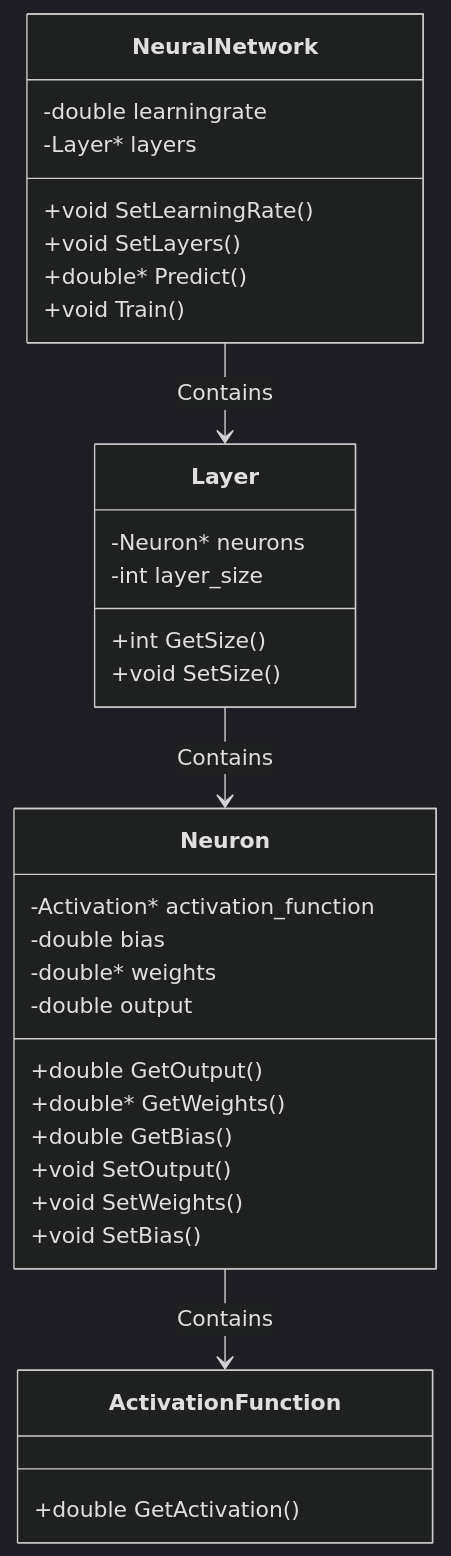
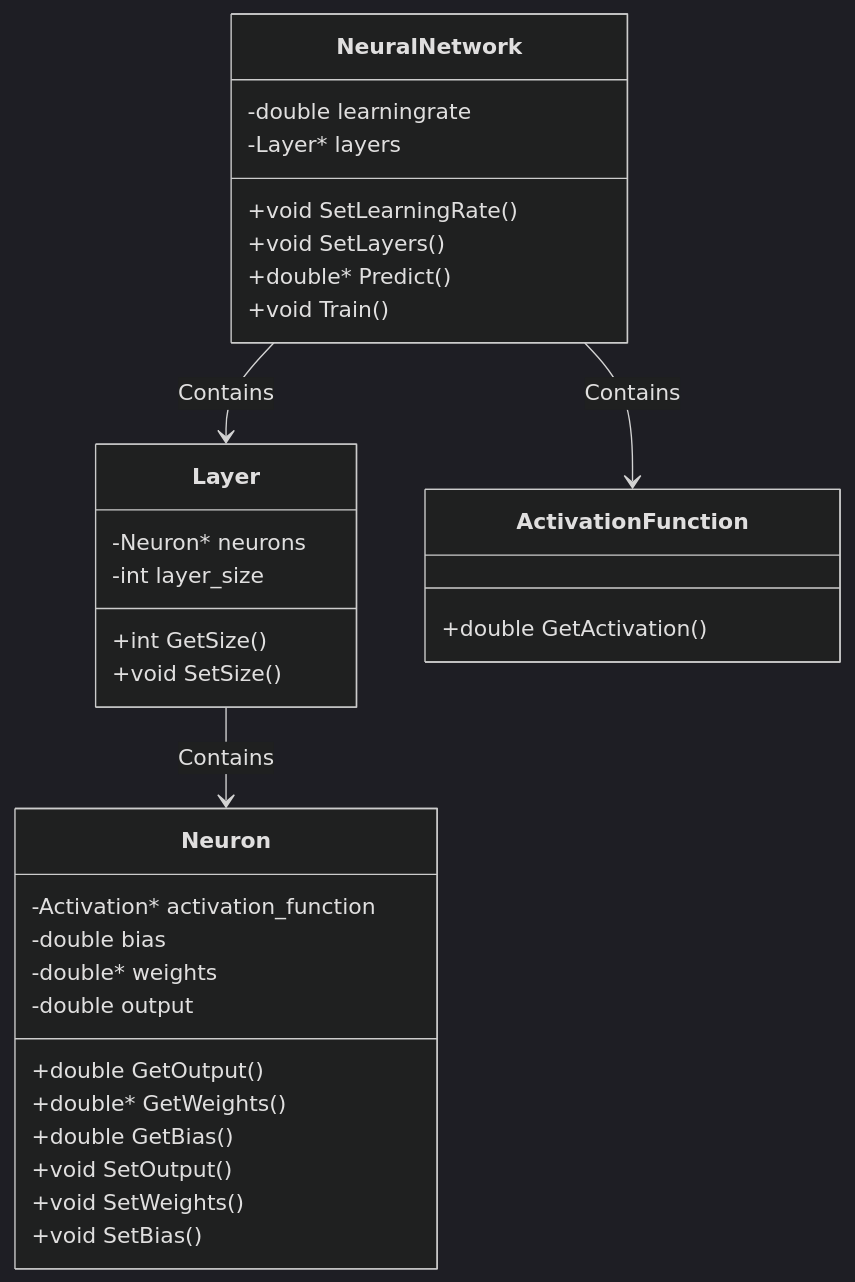
The diagram in Resources/Images/classBasicsNabla.md (Juan-Smith/Nabla), drawn with Mermaid (dark theme) before and after one commit. The commit also changed 1 other file, not shown here.

````diff
--- a/Resources/Images/classBasicsNabla.md
+++ b/Resources/Images/classBasicsNabla.md
@@ -1,42 +1,42 @@
 ```mermaid
  classDiagram
       
       NeuralNetwork --> Layer : Contains
       Layer --> Neuron : Contains
-      Neuron --> ActivationFunction : Contains
+      NeuralNetwork --> ActivationFunction : Contains
       
       class NeuralNetwork{
           -double learningrate
           -Layer* layers
           +void SetLearningRate()
           +void SetLayers()
           +double* Predict()
           +void Train()
       }
       
       class Layer{
           -Neuron* neurons
           -int layer_size
           +int GetSize()
           +void SetSize()
       }
       
       class Neuron{
       	-Activation* activation_function
         -double bias
         -double* weights
         -double output
         +double GetOutput()
         +double* GetWeights()
         +double GetBias()
         +void SetOutput()
         +void SetWeights()
         +void SetBias()
 	  }
       
       
       class ActivationFunction{
           +double GetActivation()
       }
       
 ```
````
